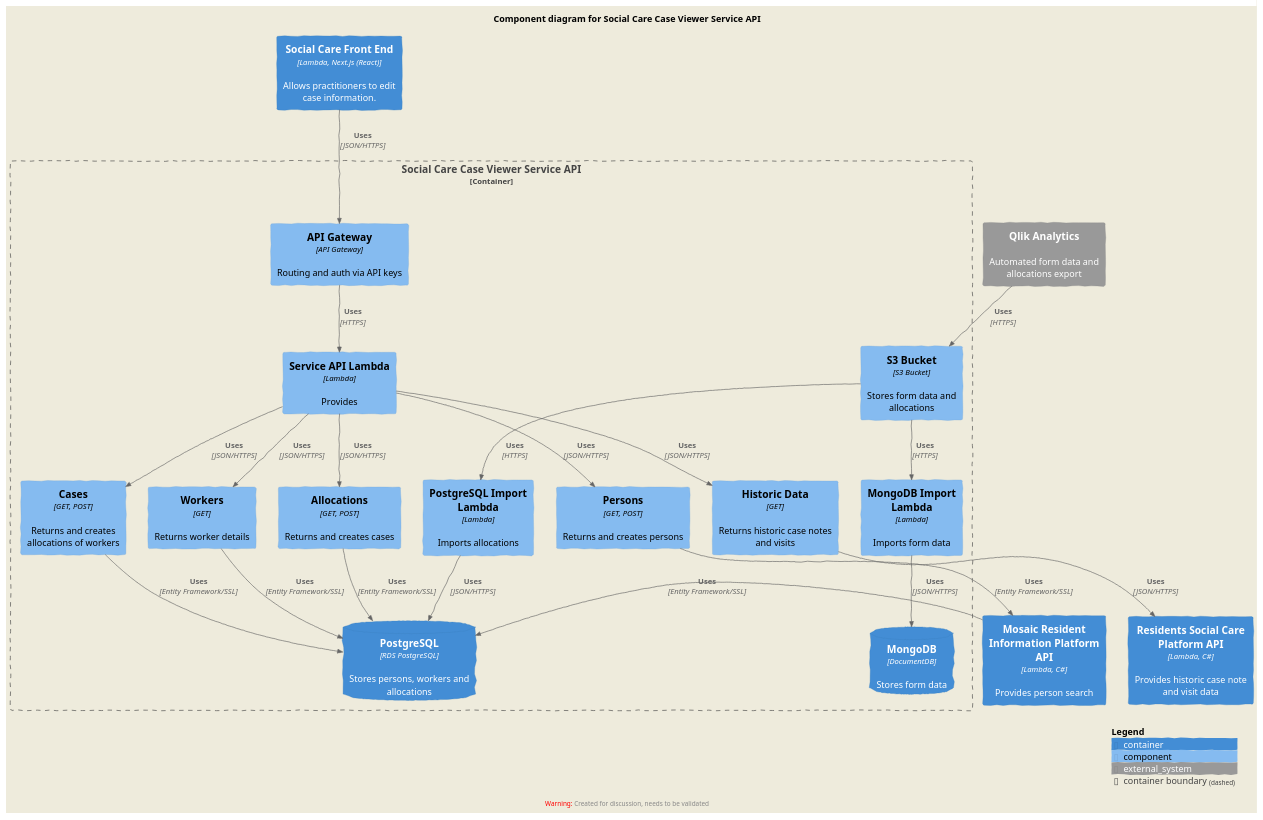
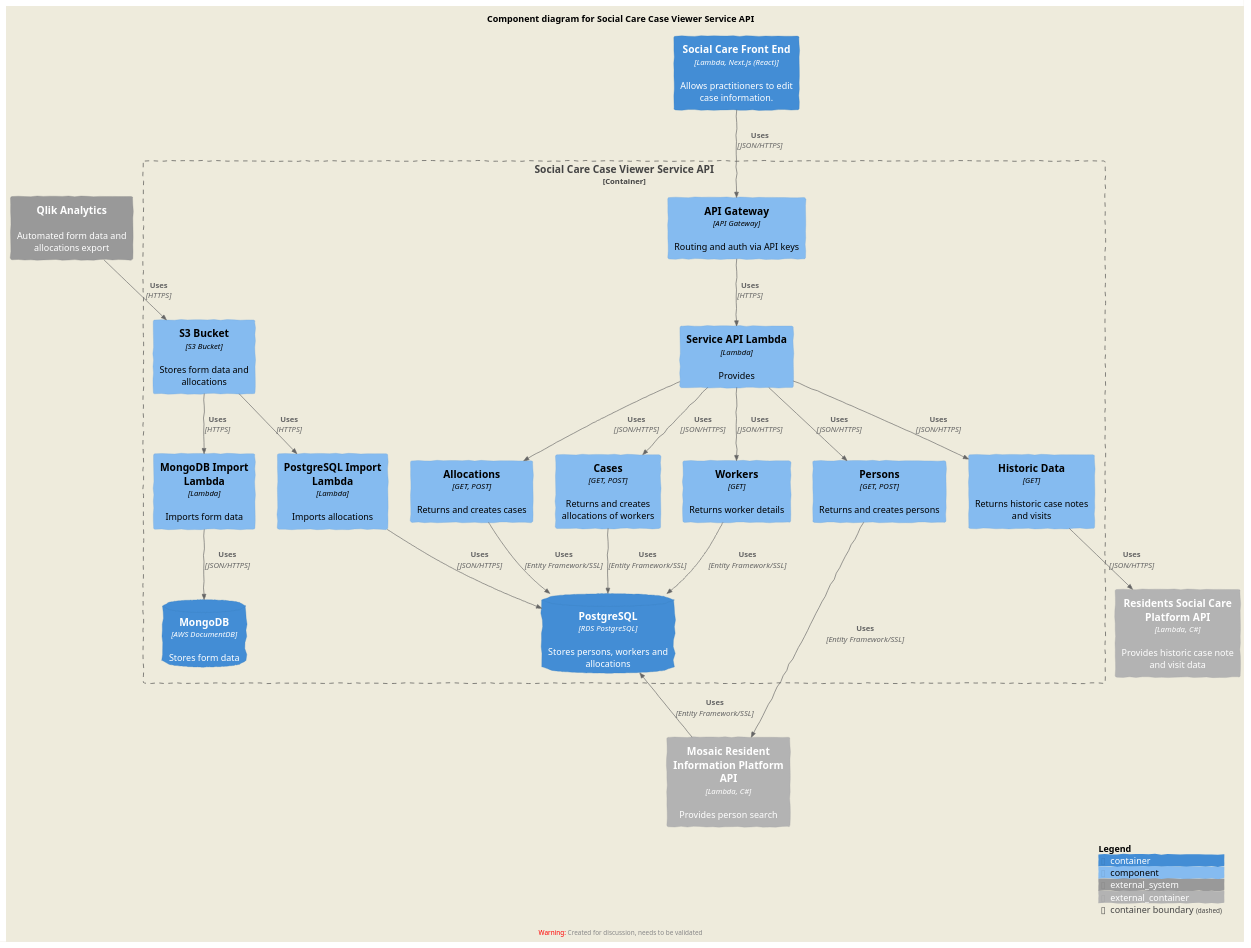
Before and after one commit to LBHackney-IT/social-care-case-viewer-api: the diagram in docs/component_diagram.iuml, drawn with PlantUML. The commit also changed 1 other file, not shown here.

Commit message:
Mark ext systems as ext and move layout

```diff
--- a/docs/component_diagram.iuml
+++ b/docs/component_diagram.iuml
@@ -1,61 +1,60 @@
 @startuml
 !include https://raw.githubusercontent.com/plantuml-stdlib/C4-PlantUML/master/C4_Component.puml
 ' uncomment the following line and comment the first to use locally
 ' !include C4_Component.puml
 ' !include https://raw.githubusercontent.com/LBHackney-IT/cv-19-res-support-v3/development/docs/diagrams/c4_shared.puml
 
 LAYOUT_AS_SKETCH()
 
 title Component diagram for Social Care Case Viewer Service API
 
+System_Ext(qlik, "Qlik Analytics", "Automated form data and allocations export")
 Container(social_care_front_end, "Social Care Front End", "Lambda, Next.js (React)", "Allows practitioners to edit case information.")
-Container(mosaic_platform_api, "Mosaic Resident Information Platform API", "Lambda, C#", "Provides person search")
-Container(resident_social_care_platform_api, "Residents Social Care Platform API",  "Lambda, C#", "Provides historic case note and visit data")
-System_Ext(qlik, "Qlik Analytics", "Automated form data and allocations export")
+Container_Ext(resident_social_care_platform_api, "Residents Social Care Platform API",  "Lambda, C#", "Provides historic case note and visit data")
+Container_Ext(mosaic_platform_api, "Mosaic Resident Information Platform API", "Lambda, C#", "Provides person search")
 
 Container_Boundary(api, "Social Care Case Viewer Service API") {
     Component(api_gateway, "API Gateway", "API Gateway", "Routing and auth via API keys")
     Component(api_lambda, "Service API Lambda", "Lambda", "Provides ")
     Component(mongodb_import_lambda, "MongoDB Import Lambda", "Lambda", "Imports form data")
     Component(postgres_import_lambda, "PostgreSQL Import Lambda", "Lambda", "Imports allocations")
     Component(s3_bucket, "S3 Bucket", "S3 Bucket", "Stores form data and allocations")
 
     Component(persons, "Persons", "GET, POST", "Returns and creates persons")
     Component(workers, "Workers", "GET", "Returns worker details")
     Component(allocations, "Allocations", "GET, POST", "Returns and creates cases")
     Component(cases, "Cases", "GET, POST", "Returns and creates allocations of workers")
     Component(historic_data, "Historic Data", "GET", "Returns historic case notes and visits")
 
     ContainerDb(postgres, "PostgreSQL", "RDS PostgreSQL", "Stores persons, workers and allocations")
-    ContainerDb(mongodb, "MongoDB", "DocumentDB", "Stores form data")
+    ContainerDb(mongodb, "MongoDB", "AWS DocumentDB", "Stores form data")
 
     Rel(api_gateway, api_lambda, "Uses", "HTTPS")
-
     Rel(qlik, s3_bucket, "Uses", "HTTPS")
 
     Rel(s3_bucket, mongodb_import_lambda, "Uses", "HTTPS")
     Rel(s3_bucket, postgres_import_lambda, "Uses", "HTTPS")
     Rel(mongodb_import_lambda, mongodb, "Uses", "JSON/HTTPS")
     Rel(postgres_import_lambda, postgres, "Uses", "JSON/HTTPS")
 
     Rel(social_care_front_end, api_gateway, "Uses", "JSON/HTTPS")
 
     Rel(api_lambda, persons, "Uses", "JSON/HTTPS")
     Rel(persons, mosaic_platform_api, "Uses", "Entity Framework/SSL")
-    Rel(mosaic_platform_api, postgres, "Uses", "Entity Framework/SSL")
+    Rel_U(mosaic_platform_api, postgres, "Uses", "Entity Framework/SSL")
 
     Rel(api_lambda, workers, "Uses", "JSON/HTTPS")
     Rel(workers, postgres, "Uses", "Entity Framework/SSL")
 
     Rel(api_lambda, allocations, "Uses", "JSON/HTTPS")
     Rel(allocations, postgres, "Uses", "Entity Framework/SSL")
 
     Rel(api_lambda, cases, "Uses", "JSON/HTTPS")
     Rel(cases, postgres, "Uses", "Entity Framework/SSL")
 
     Rel(api_lambda, historic_data, "Uses", "JSON/HTTPS")
     Rel(historic_data, resident_social_care_platform_api, "Uses", "JSON/HTTPS")
 }
 
 SHOW_DYNAMIC_LEGEND()
 @enduml
```
